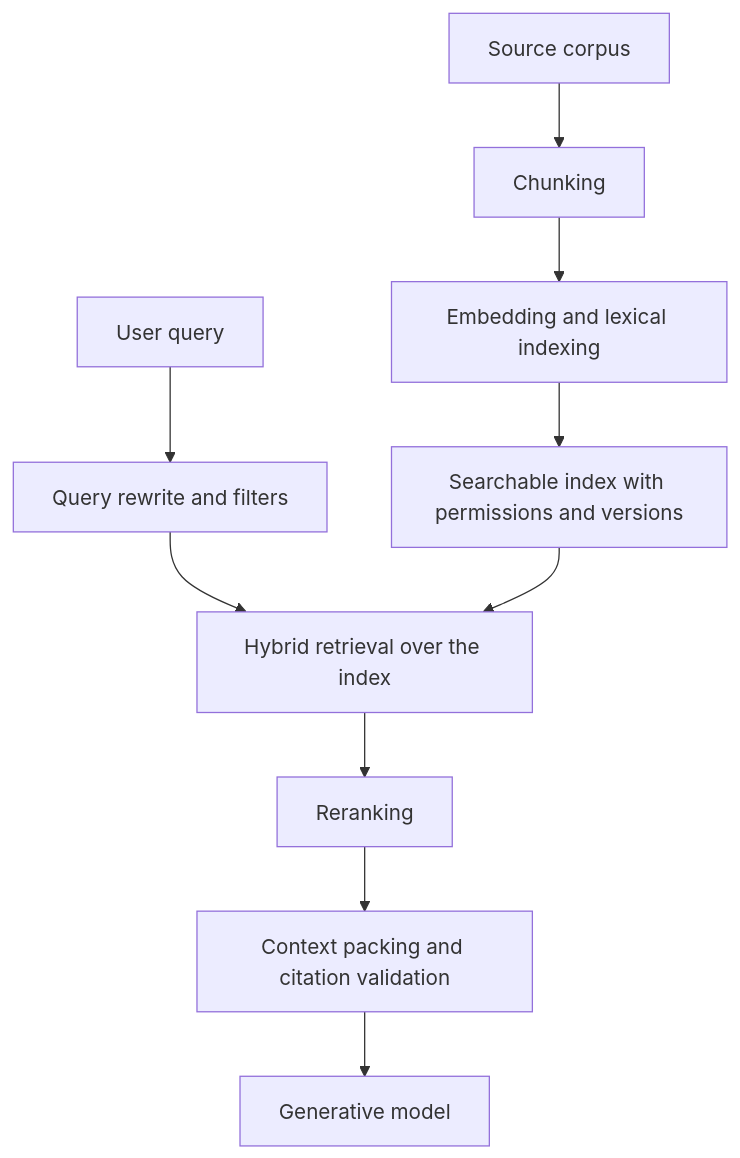
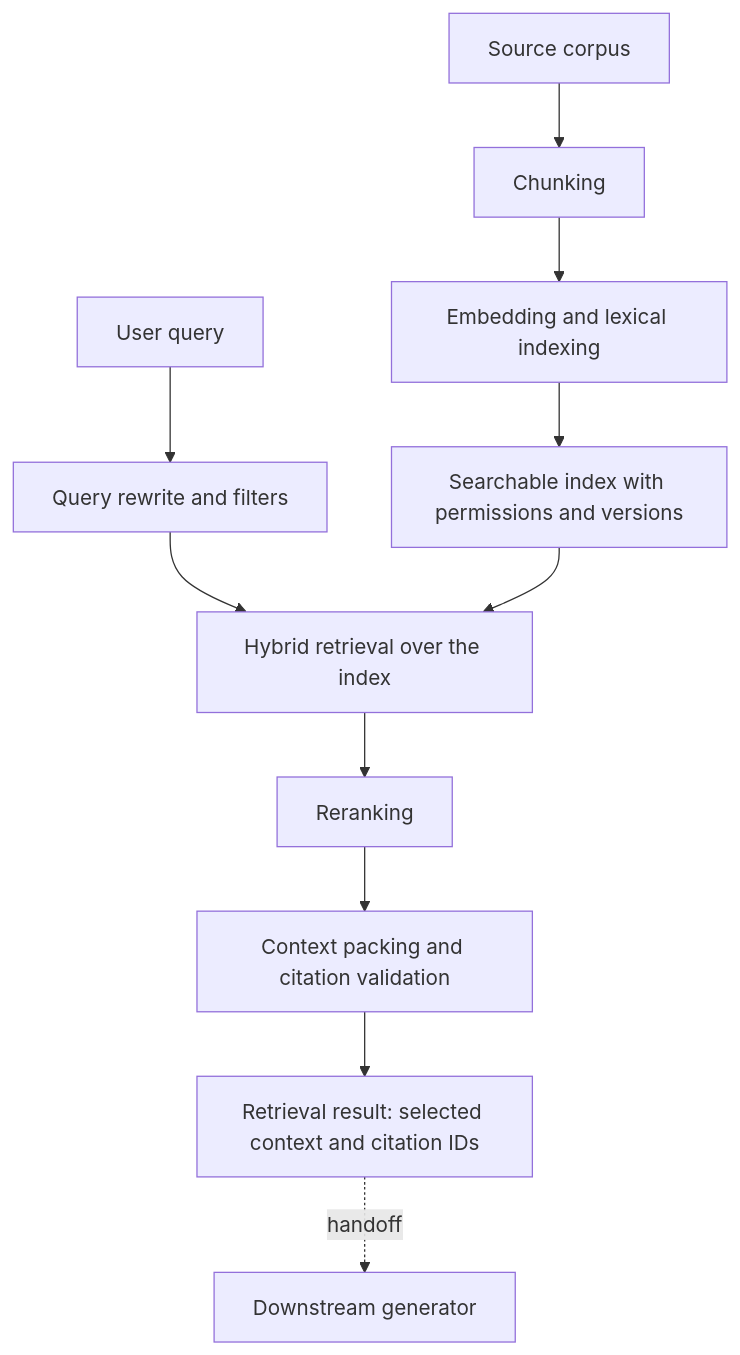
Before and after one commit to tilt/data-science-wiki: the diagram in content/11-generative-ai/retrieval-pipelines.md, drawn with Mermaid. The commit also changed other lines of this file and 10 other files, not shown here.

````diff
--- a/content/11-generative-ai/retrieval-pipelines.md
+++ b/content/11-generative-ai/retrieval-pipelines.md
@@ -37,12 +37,13 @@
 ```mermaid
 flowchart TD
   Corpus[Source corpus] --> Chunk[Chunking]
   Chunk --> Embed[Embedding and lexical indexing]
   Embed --> Index[Searchable index with permissions and versions]
   Query[User query] --> Rewrite[Query rewrite and filters]
   Rewrite --> Retrieve[Hybrid retrieval over the index]
   Index --> Retrieve
   Retrieve --> Rerank[Reranking]
   Rerank --> Pack[Context packing and citation validation]
-  Pack --> Model[Generative model]
+  Pack --> Result[Retrieval result: selected context and citation IDs]
+  Result -. handoff .-> Model[Downstream generator]
 ```
````
